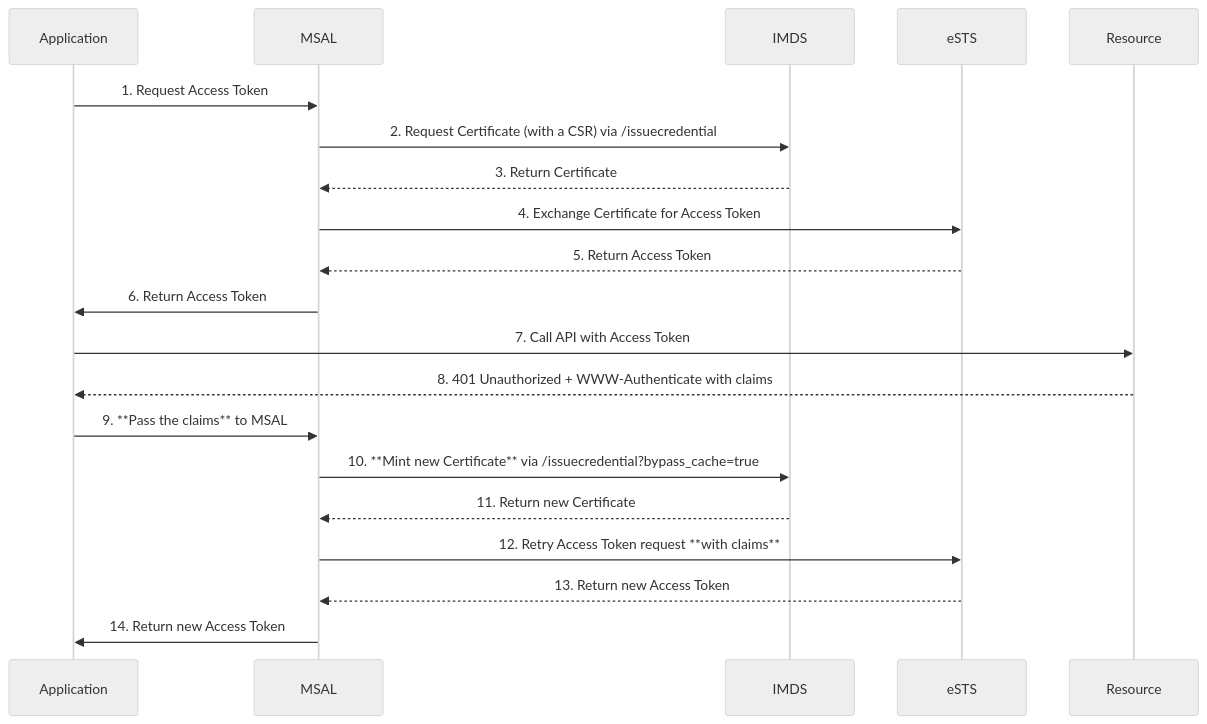
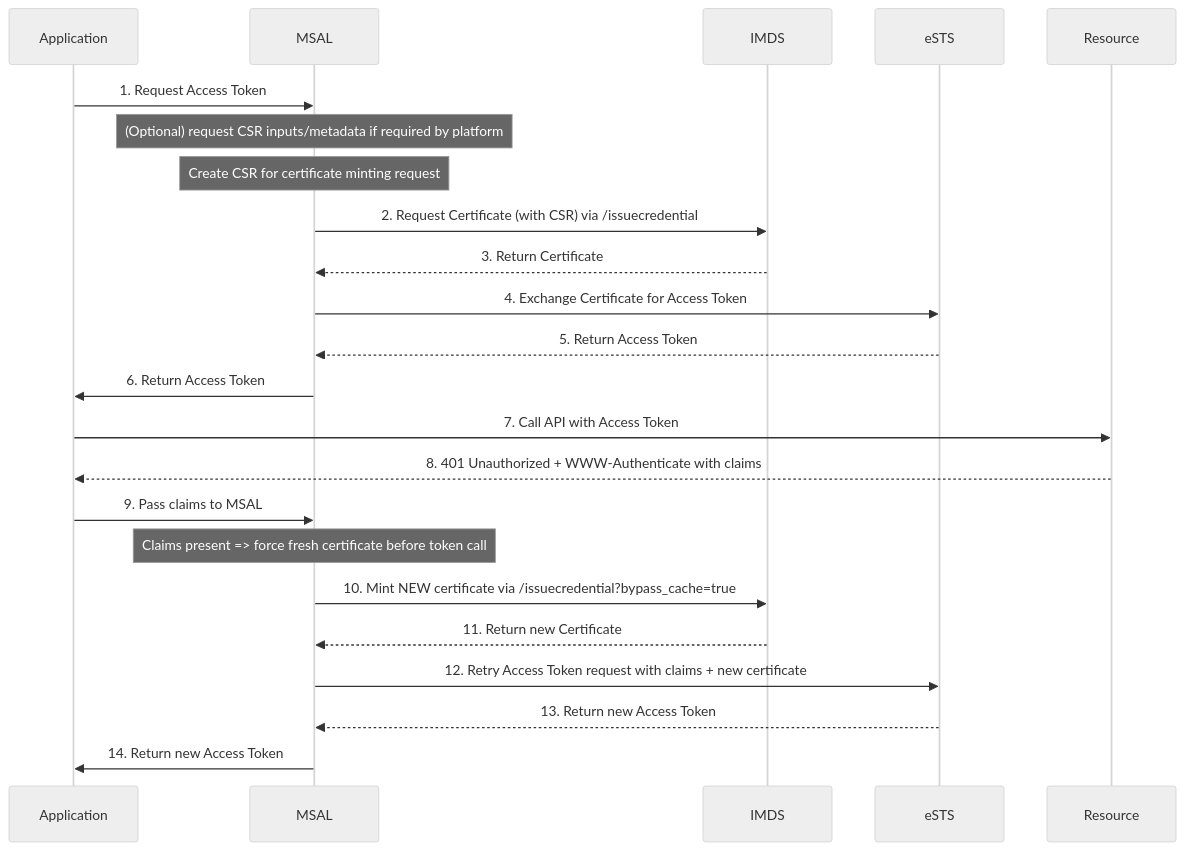
One commit to AzureAD/microsoft-authentication-library-for-dotnet changed the second of 2 diagrams in docs/msi_v2/msiv2_revocation_spec.md. Above: the diagram before and after it, drawn with Mermaid (neutral theme). The commit also changed other lines of this file, not shown here.

```diff
--- a/docs/msi_v2/msiv2_revocation_spec.md
+++ b/docs/msi_v2/msiv2_revocation_spec.md
@@ -43,24 +74,32 @@
 ~~~mermaid
 sequenceDiagram
     participant Application
     participant MSAL
     participant IMDS
     participant eSTS
     participant Resource
 
     Application ->> MSAL: 1. Request Access Token
-    MSAL ->> IMDS: 2. Request Certificate (with a CSR) via /issuecredential
+
+    Note over MSAL: (Optional) request CSR inputs/metadata if required by platform
+    Note over MSAL: Create CSR for certificate minting request
+
+    MSAL ->> IMDS: 2. Request Certificate (with CSR) via /issuecredential
     IMDS -->> MSAL: 3. Return Certificate
     MSAL ->> eSTS: 4. Exchange Certificate for Access Token
     eSTS -->> MSAL: 5. Return Access Token
     MSAL ->> Application: 6. Return Access Token
 
     Application ->> Resource: 7. Call API with Access Token
     Resource -->> Application: 8. 401 Unauthorized + WWW-Authenticate with claims
-    Application ->> MSAL: 9. **Pass the claims** to MSAL
-    MSAL ->> IMDS: 10. **Mint new Certificate** via /issuecredential?bypass_cache=true
+
+    Application ->> MSAL: 9. Pass claims to MSAL
+
+    Note over MSAL: Claims present => force fresh certificate before token call
+    MSAL ->> IMDS: 10. Mint NEW certificate via /issuecredential?bypass_cache=true
     IMDS -->> MSAL: 11. Return new Certificate
-    MSAL ->> eSTS: 12. Retry Access Token request **with claims**
+
+    MSAL ->> eSTS: 12. Retry Access Token request with claims + new certificate
     eSTS -->> MSAL: 13. Return new Access Token
     MSAL ->> Application: 14. Return new Access Token
 ~~~
```
